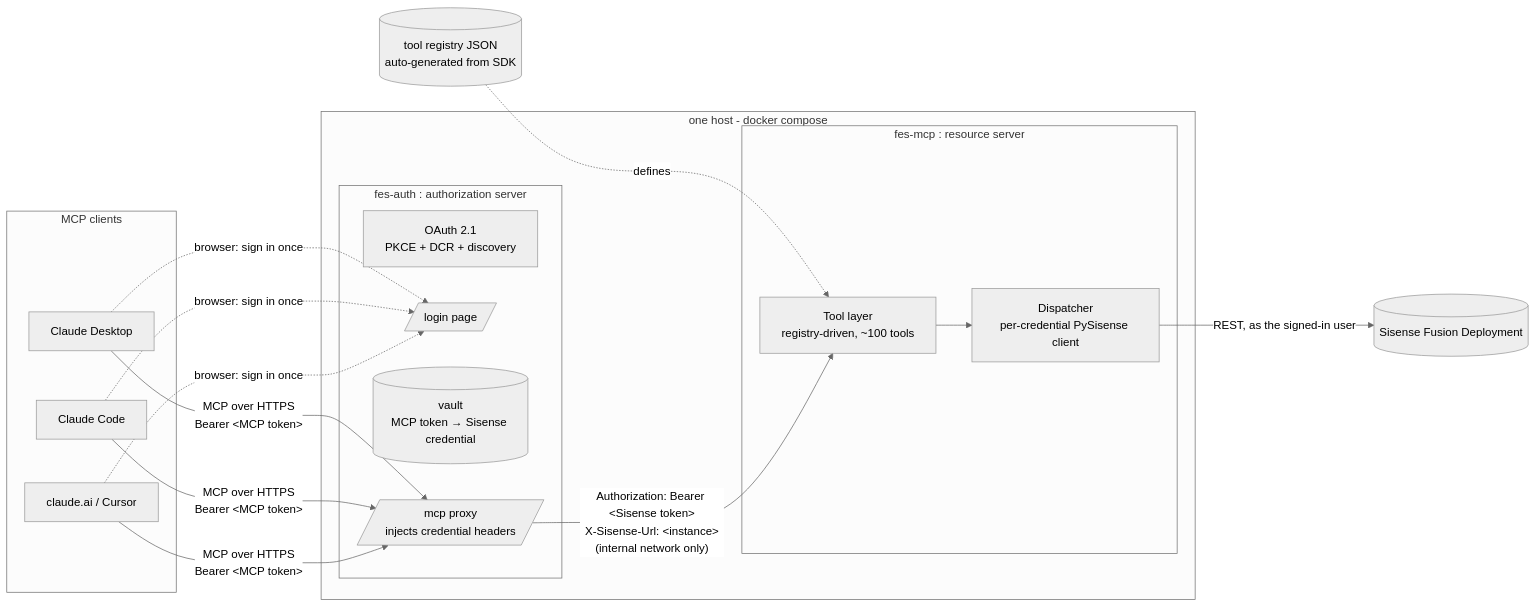
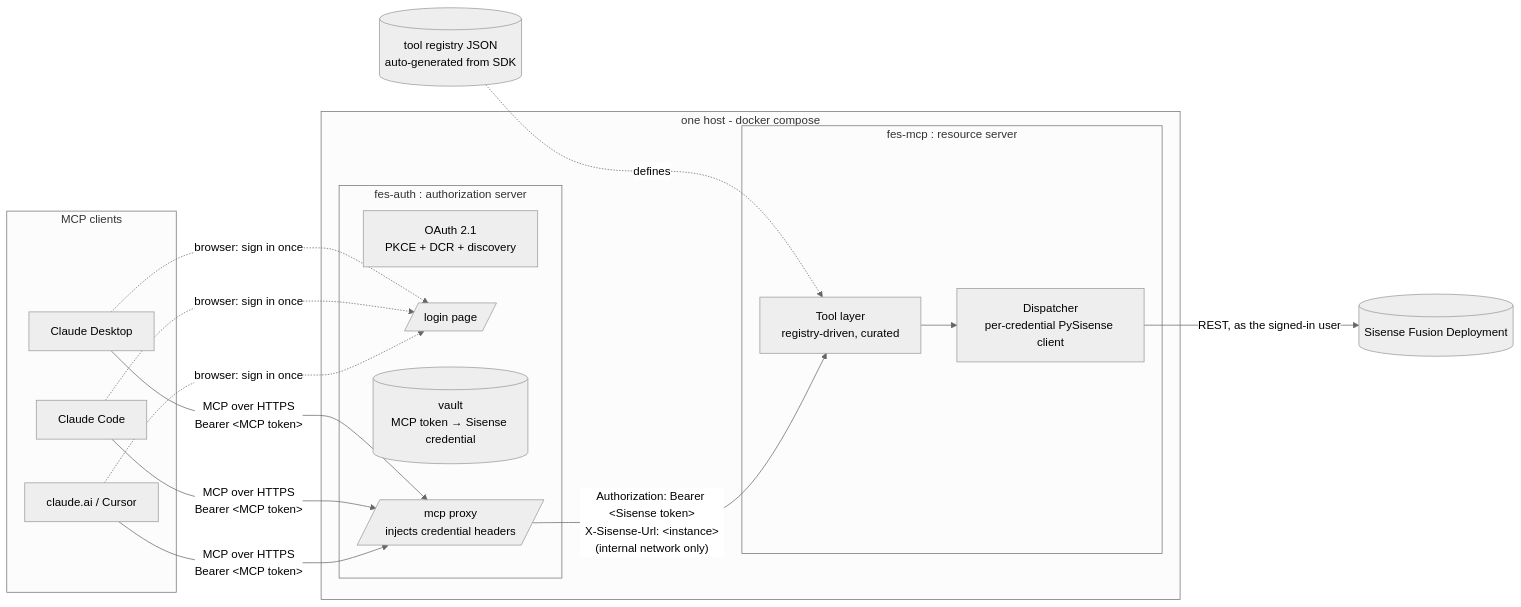
Before and after one commit to hnegi01/fes-mcp: the first of 3 diagrams in README.md, drawn with Mermaid (neutral theme). The commit also changed other lines of this file and 1 other file, not shown here.

First line of the commit message:
Curate the tool surface: one tool per capability (35 of ~110)

````diff
--- a/README.md
+++ b/README.md
@@ -45,29 +47,29 @@
 ```mermaid
 flowchart LR
     subgraph clients [MCP clients]
         C1[Claude Desktop]
         C2[Claude Code]
         C3[claude.ai / Cursor]
     end
 
     subgraph box [one host - docker compose]
         subgraph AS [fes-auth : authorization server]
             O[OAuth 2.1\nPKCE + DCR + discovery]
             L[/login page/]
             V[(vault\nMCP token → Sisense credential)]
             P[/mcp proxy\ninjects credential headers/]
         end
         subgraph RS [fes-mcp : resource server]
-            T[Tool layer\nregistry-driven, ~100 tools]
+            T[Tool layer\nregistry-driven, curated]
             D[Dispatcher\nper-credential PySisense client]
         end
     end
 
     R[(tool registry JSON\nauto-generated from SDK)] -.defines.-> T
 
     C1 & C2 & C3 -- "MCP over HTTPS\nBearer &lt;MCP token&gt;" --> P
     C1 & C2 & C3 -. "browser: sign in once" .-> L
     P -- "Authorization: Bearer &lt;Sisense token&gt;\nX-Sisense-Url: &lt;instance&gt;\n(internal network only)" --> T
     T --> D
     D -- "REST, as the signed-in user" --> F[(Sisense Fusion Deployment)]
 ```
````
